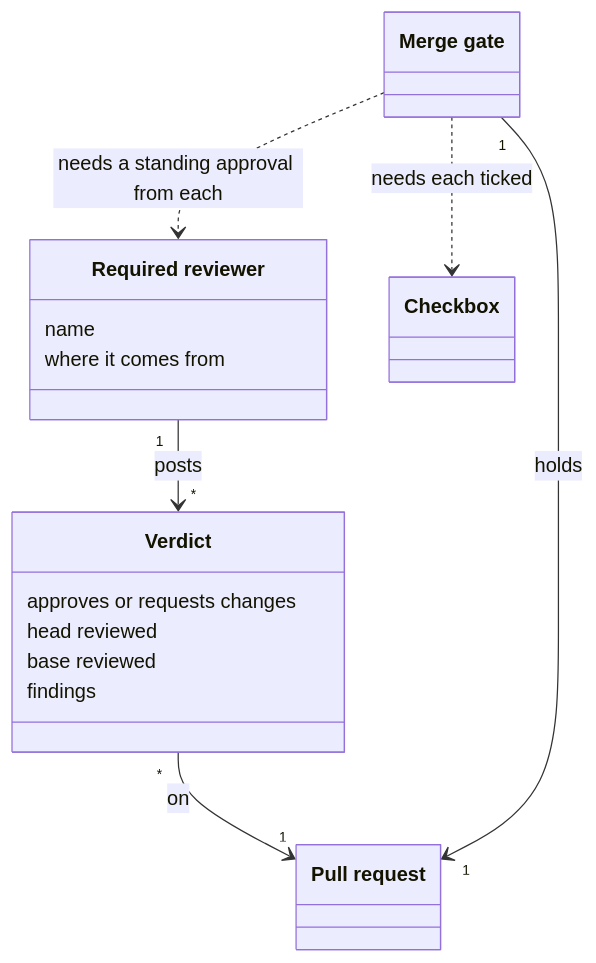
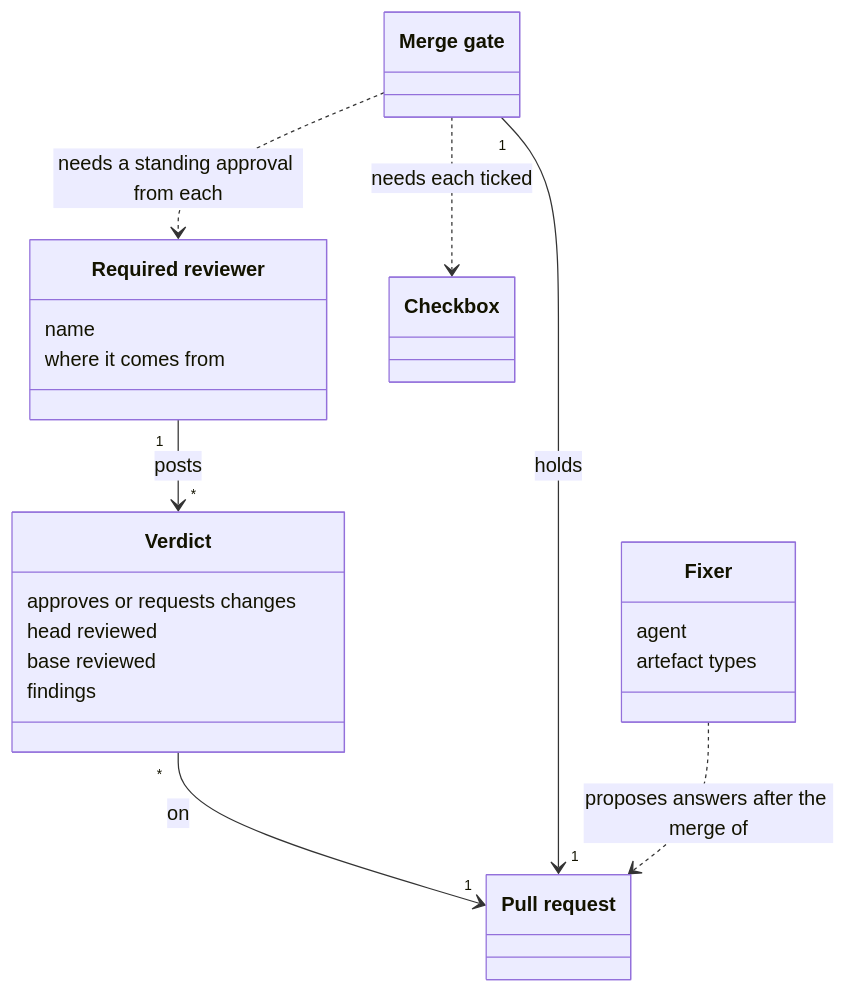
The first of 2 diagrams in tech-docs/analysis/project-management/domain-model/040-reviews-and-the-merge.md (aleskalfas/project-kit), drawn with Mermaid before and after one commit. The commit also changed other lines of this file and 25 other files, not shown here.

````diff
--- a/tech-docs/analysis/project-management/domain-model/040-reviews-and-the-merge.md
+++ b/tech-docs/analysis/project-management/domain-model/040-reviews-and-the-merge.md
@@ -34,23 +37,28 @@
 ```mermaid
 classDiagram
   accTitle: Reviews and the merge
-  accDescr: A required reviewer posts verdicts on a pull request, each naming the head and the base it reviewed. The merge gate holds the pull request to a standing approval from each required reviewer, and to the checkboxes of each issue it closes.
+  accDescr: A required reviewer posts verdicts on a pull request, each naming the head and the base it reviewed. The merge gate holds the pull request to a standing approval from each required reviewer, and to the checkboxes of each issue it closes. A fixer proposes answers for the artefacts of its type that a merge left out of date.
   class Verdict {
     approves or requests changes
     head reviewed
     base reviewed
     findings
   }
   class RequiredReviewer["Required reviewer"] {
     name
     where it comes from
   }
   class MergeGate["Merge gate"]
+  class Fixer {
+    agent
+    artefact types
+  }
   class PullRequest["Pull request"]
   class Checkbox
   RequiredReviewer "1" --> "*" Verdict : posts
   Verdict "*" --> "1" PullRequest : on
   MergeGate "1" --> "1" PullRequest : holds
   MergeGate ..> RequiredReviewer : needs a standing approval from each
   MergeGate ..> Checkbox : needs each ticked
+  Fixer ..> PullRequest : proposes answers after the merge of
 ```
````
